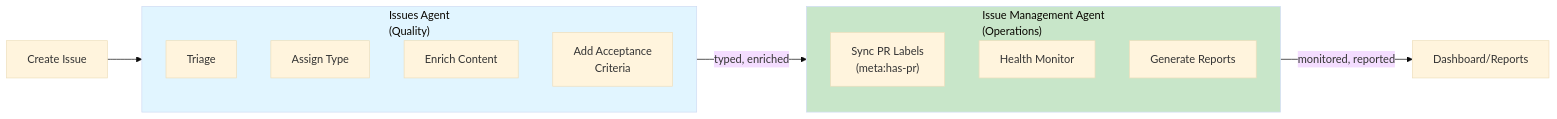
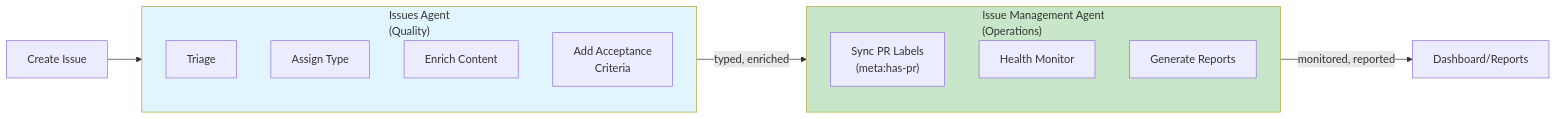
The diagram in .github/projects/active/issue-management-agent-planning-2026-08-12/INTEGRATION_WITH_EXISTING_AGENTS.md (lightspeedwp/.github), drawn with Mermaid before and after one commit.

Commit message:
fix(accessibility): Correct Mermaid diagram accessibility format to inline syntax
The validation script requires accTitle and accDescr to appear inline
immediately after the diagram type declaration (graph LR), not in YAML
frontmatter with --- delimiters. This matches the expected pattern
for GitHub's Mermaid renderer and accessibility compliance.

Relates to #1852

````diff
--- a/.github/projects/active/issue-management-agent-planning-2026-08-12/INTEGRATION_WITH_EXISTING_AGENTS.md
+++ b/.github/projects/active/issue-management-agent-planning-2026-08-12/INTEGRATION_WITH_EXISTING_AGENTS.md
@@ -87,30 +87,26 @@
 ```mermaid
----
-config:
-  theme: base
-  accTitle: Integration Pattern - Complementary Operations
-  accDescr: Two-agent workflow showing Issues Agent (quality triage and enrichment) and Issue Management Agent (operations and monitoring) working on the same issue from different angles
----
 graph LR
+    accTitle: Integration Pattern - Complementary Operations
+    accDescr: Two-agent workflow showing Issues Agent (quality triage and enrichment) and Issue Management Agent (operations and monitoring) working on the same issue from different angles
     Issue["Create Issue"]
     
     subgraph IssuAgent["Issues Agent<br/>(Quality)"]
         Triage["Triage"]
         Type["Assign Type"]
         Enrich["Enrich Content"]
         AC["Add Acceptance<br/>Criteria"]
     end
     
     subgraph MgmtAgent["Issue Management Agent<br/>(Operations)"]
         SyncPR["Sync PR Labels<br/>(meta:has-pr)"]
         Monitor["Health Monitor"]
         Report["Generate Reports"]
     end
     
     Issue --> IssuAgent
     IssuAgent --> |typed, enriched| MgmtAgent
     MgmtAgent --> |monitored, reported| Dashboard["Dashboard/Reports"]
     
     style IssuAgent fill:#e1f5ff
     style MgmtAgent fill:#c8e6c9
 ```
````
